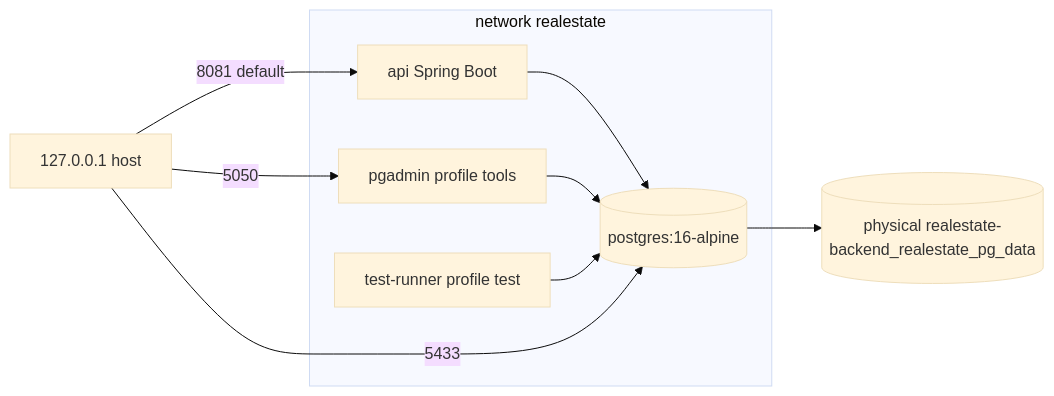
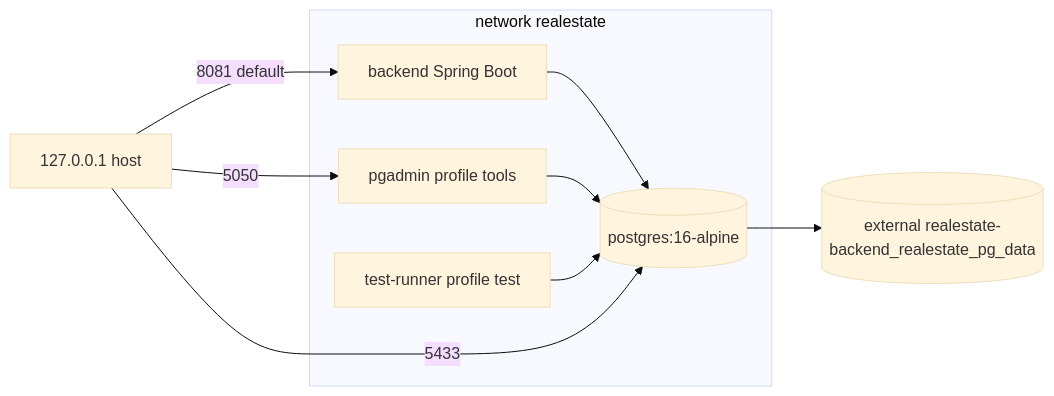
The second of 4 diagrams in docs/03-architecture/infrastructure/assets/DOCKER-COMPOSE-ARCHITECTURE.md (fdeniz07/RealEstateBackend), drawn with Mermaid (base theme) before and after one commit. The commit also changed other lines of this file and 7 other files, not shown here.

````diff
--- a/docs/03-architecture/infrastructure/assets/DOCKER-COMPOSE-ARCHITECTURE.md
+++ b/docs/03-architecture/infrastructure/assets/DOCKER-COMPOSE-ARCHITECTURE.md
@@ -64,18 +64,18 @@
 ```mermaid
 flowchart LR
   subgraph net [network realestate]
     PG[(postgres:16-alpine)]
-    API[api Spring Boot]
+    BE[backend Spring Boot]
     PGL[pgadmin profile tools]
     TR[test-runner profile test]
   end
-  VOL[(physical realestate-backend_realestate_pg_data)]
+  VOL[(external realestate-backend_realestate_pg_data)]
   HOST[127.0.0.1 host]
   PG --> VOL
-  API --> PG
+  BE --> PG
   PGL --> PG
   TR --> PG
   HOST -->|5433| PG
-  HOST -->|8081 default| API
+  HOST -->|8081 default| BE
   HOST -->|5050| PGL
 ```
````
